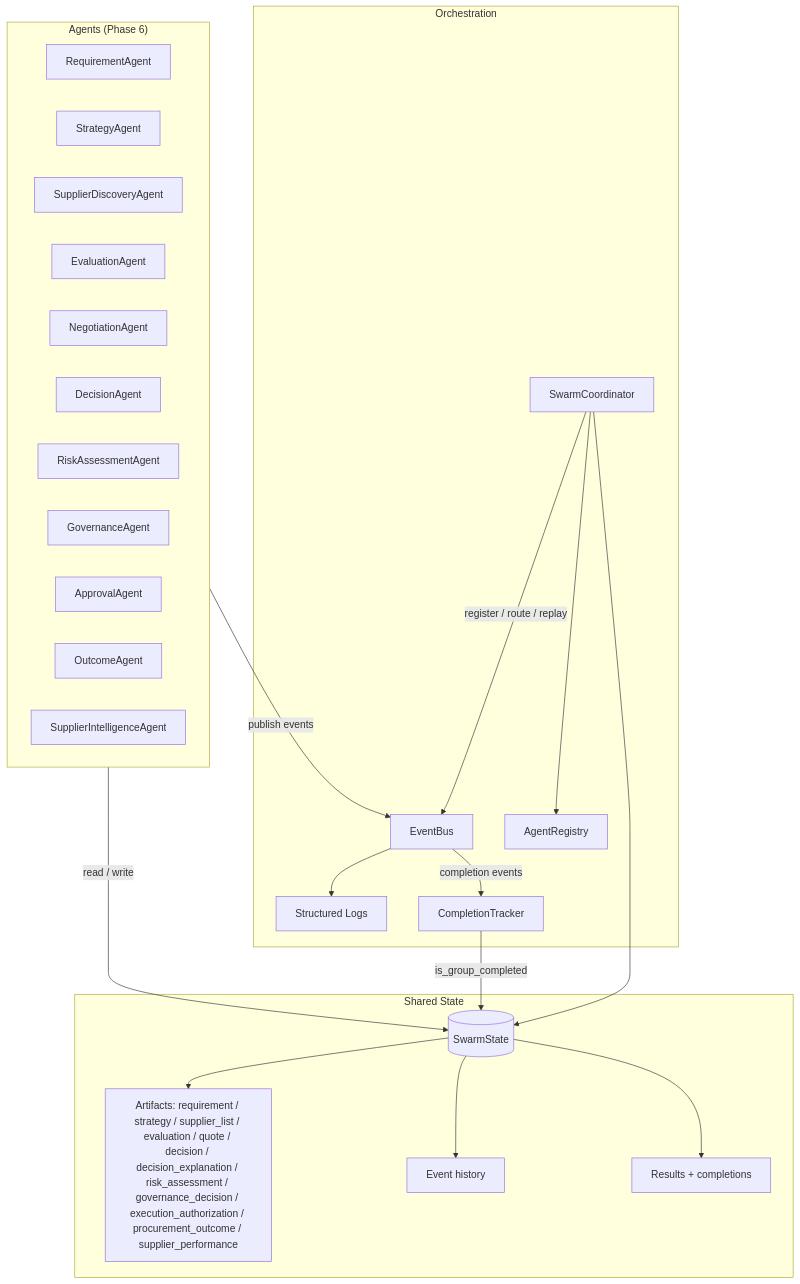
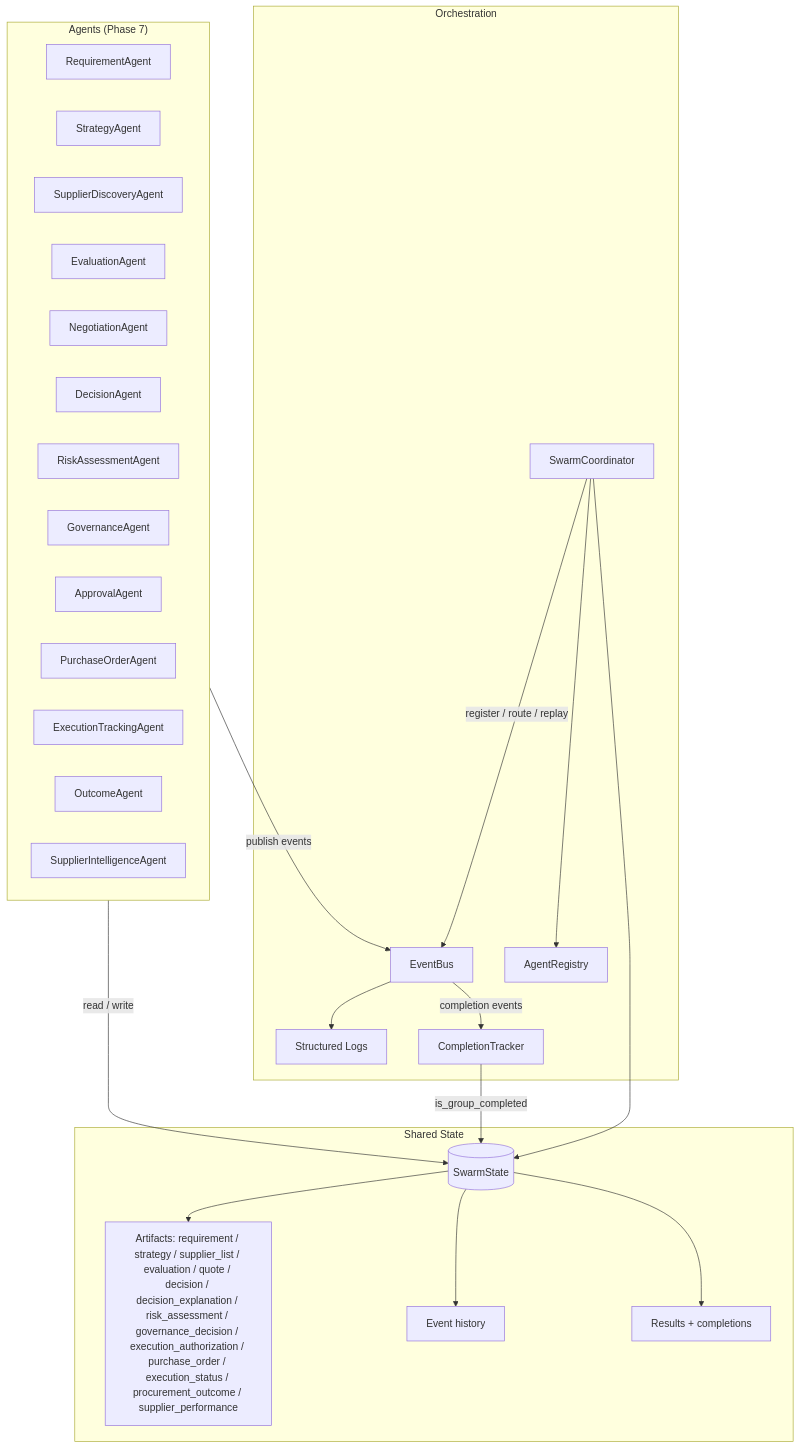
The first of 2 diagrams in docs/swarm-architecture.md (aragit/autonomous-procurement-swarm), drawn with Mermaid before and after one commit. The commit also changed other lines of this file and 16 other files, not shown here.

First line of the commit message:
Phase 7: Execution & Procurement Operations Layer

````diff
--- a/docs/swarm-architecture.md
+++ b/docs/swarm-architecture.md
@@ -17,43 +19,45 @@
 ```mermaid
 flowchart TB
-    subgraph Agents["Agents (Phase 6)"]
+    subgraph Agents["Agents (Phase 7)"]
         RA[RequirementAgent]
         SA[StrategyAgent]
         SDA[SupplierDiscoveryAgent]
         EA[EvaluationAgent]
         NA[NegotiationAgent]
         DA[DecisionAgent]
         RSA[RiskAssessmentAgent]
         GA[GovernanceAgent]
         APA[ApprovalAgent]
+        POA[PurchaseOrderAgent]
+        ETA[ExecutionTrackingAgent]
         OA[OutcomeAgent]
         SIA[SupplierIntelligenceAgent]
     end
 
     subgraph Orchestration["Orchestration"]
         C[SwarmCoordinator]
         B[EventBus]
         R[AgentRegistry]
         L[Structured Logs]
         CT[CompletionTracker]
     end
 
     subgraph State["Shared State"]
         A[(SwarmState)]
-        AR[Artifacts: requirement / strategy / supplier_list / evaluation / quote / decision / decision_explanation / risk_assessment / governance_decision / execution_authorization / procurement_outcome / supplier_performance]
+        AR[Artifacts: requirement / strategy / supplier_list / evaluation / quote / decision / decision_explanation / risk_assessment / governance_decision / execution_authorization / purchase_order / execution_status / procurement_outcome / supplier_performance]
         EV[Event history]
         RS[Results + completions]
     end
 
     C -->|register / route / replay| B
     C --> R
     C --> A
     B --> L
     Agents -->|publish events| B
     Agents -->|read / write| A
     A --> AR
     A --> EV
     A --> RS
     B -->|completion events| CT
     CT -->|is_group_completed| A
 ```
````
